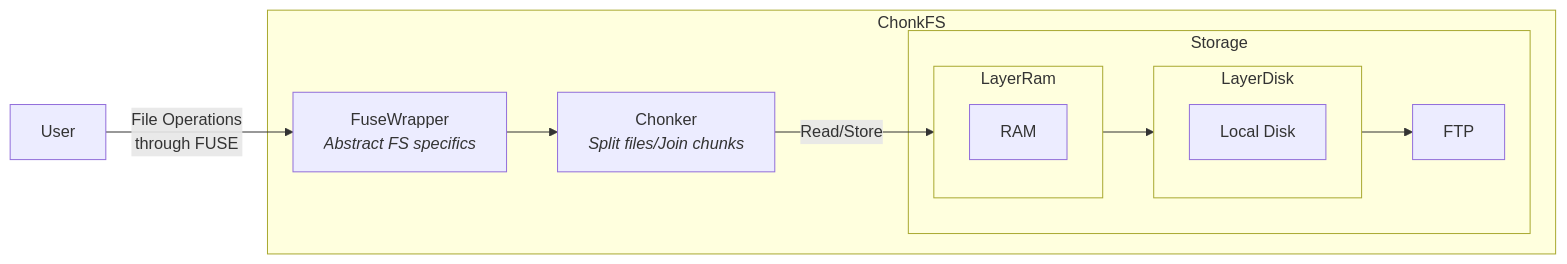
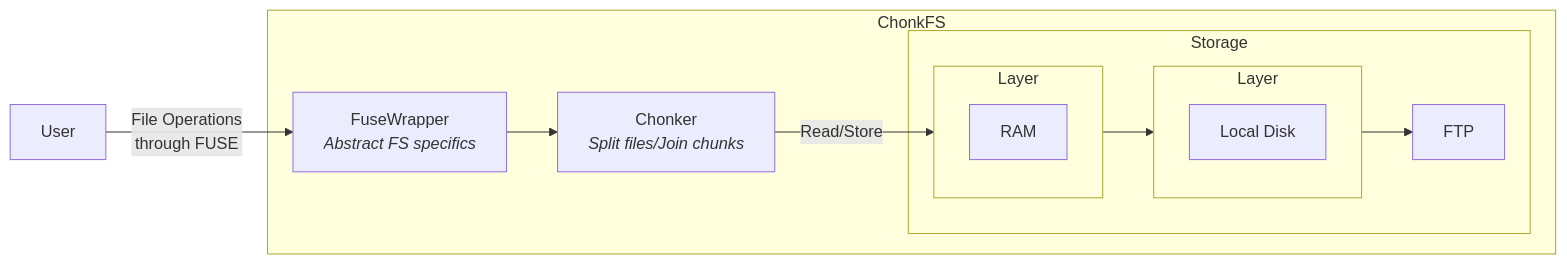
Before and after one commit to lerenn/chonkfs: the diagram in README.md, drawn with Mermaid. The commit also changed 9 other files, not shown here.

````diff
--- a/README.md
+++ b/README.md
@@ -24,22 +24,22 @@
 ```mermaid
 flowchart LR
     User --File Operations<br/>through FUSE--> FuseWrapper
     subgraph "ChonkFS"
         FuseWrapper[FuseWrapper<br><i>Abstract FS specifics</i>] --> Chonker[Chonker<br><i>Split files/Join chunks</i>]
         Chonker --Read/Store--> LayerRam
 
         subgraph "Storage"
-            subgraph LayerRam
+            subgraph LayerRam[Layer]
                 RAM 
             end
-            subgraph LayerDisk
+            subgraph LayerDisk[Layer]
                 LocalDisk[Local Disk]
             end
             
             FTP
         end
     end
 
     LayerRam --> LayerDisk
     LayerDisk --> FTP
 ```
````
